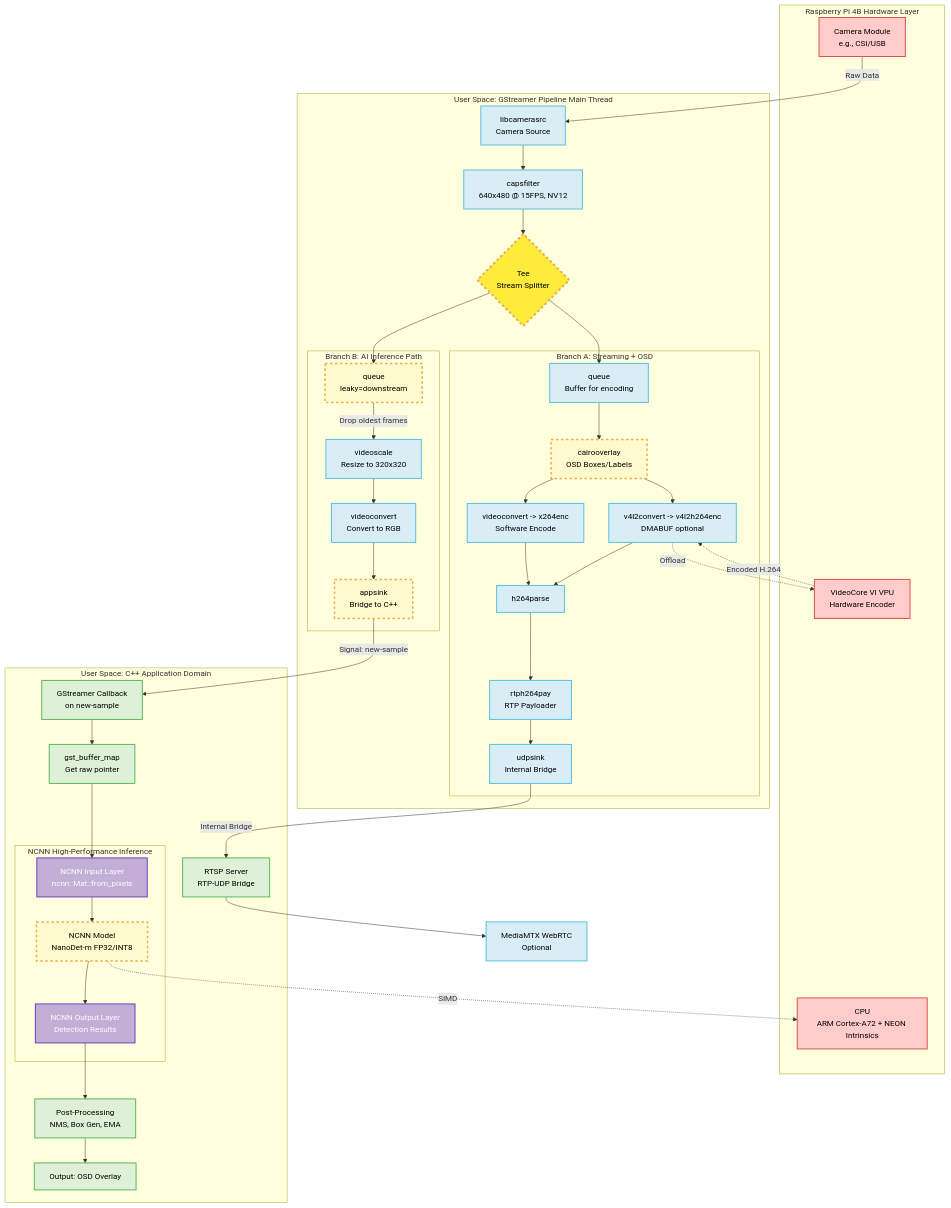
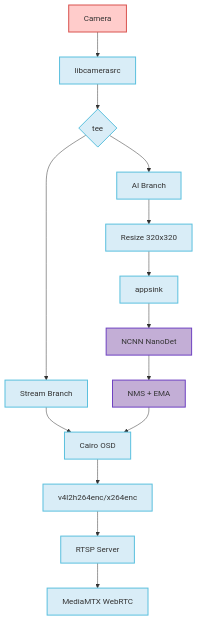
Before and after one commit to teslavia/NanoStream-Raspberry4B: the diagram in README.md, drawn with Mermaid. The commit also changed other lines of this file and 1 other file, not shown here.

````diff
--- a/README.md
+++ b/README.md
@@ -23,92 +140,23 @@
 ```mermaid
 graph TD
-    %% Define Styles
-    classDef hardware fill:#ffcccb,stroke:#d9534f,stroke-width:2px,color:black;
-    classDef gstPipeline fill:#d9edf7,stroke:#5bc0de,stroke-width:2px,color:black;
-    classDef cppApp fill:#dff0d8,stroke:#5cb85c,stroke-width:2px,color:black;
-    classDef ncnn fill:#c3aed6,stroke:#6f42c1,stroke-width:2px,color:white;
-    classDef critical fill:#fffacd,stroke:#f0ad4e,stroke-width:3px,stroke-dasharray: 5 5,color:black;
+    classDef hardware fill:#ffcccb,stroke:#d9534f,stroke-width:2px;
+    classDef pipeline fill:#d9edf7,stroke:#5bc0de,stroke-width:2px;
+    classDef ai fill:#c3aed6,stroke:#6f42c1,stroke-width:2px;
 
-    subgraph HardwareLayer [Raspberry Pi 4B Hardware Layer]
-        Cam[Camera Module<br/>e.g., CSI/USB]:::hardware
-        VPU[VideoCore VI VPU<br/>Hardware Encoder]:::hardware
-        CPU_Neon[CPU<br/>ARM Cortex-A72 + NEON Intrinsics]:::hardware
-    end
+    Camera[Camera]:::hardware --> Source[libcamerasrc]:::pipeline
+    Source --> Tee{tee}:::pipeline
 
-    subgraph GstPipeline [User Space: GStreamer Pipeline Main Thread]
-        Source[libcamerasrc<br/>Camera Source]:::gstPipeline
-        Caps[capsfilter<br/>640x480 @ 15FPS, NV12]:::gstPipeline
-        Tee{Tee<br/>Stream Splitter}:::critical
+    Tee --> StreamBranch[Stream Branch]:::pipeline
+    Tee --> AIBranch[AI Branch]:::pipeline
 
-        subgraph BranchA [Branch A: Streaming + OSD]
-            QueueStream[queue<br/>Buffer for encoding]:::gstPipeline
-            OSD[cairooverlay<br/>OSD Boxes/Labels]:::critical
-            SWPath[videoconvert -> x264enc<br/>Software Encode]:::gstPipeline
-            DMABUFPath[v4l2convert -> v4l2h264enc<br/>DMABUF optional]:::gstPipeline
-            Parse[h264parse]:::gstPipeline
-            Mux[rtph264pay<br/>RTP Payloader]:::gstPipeline
-            Sink[udpsink<br/>Internal Bridge]:::gstPipeline
-        end
+    StreamBranch --> OSD[Cairo OSD]:::pipeline
+    OSD --> Encoder[v4l2h264enc/x264enc]:::pipeline
+    Encoder --> RTSP[RTSP Server]:::pipeline
+    RTSP --> WebRTC[MediaMTX WebRTC]:::pipeline
 
-        subgraph BranchB [Branch B: AI Inference Path]
-            QueueAI[queue<br/>leaky=downstream]:::critical
-            Scale[videoscale<br/>Resize to 320x320]:::gstPipeline
-            Convert[videoconvert<br/>Convert to RGB]:::gstPipeline
-            AppSink[appsink<br/>Bridge to C++]:::critical
-        end
-    end
-
-    subgraph CppApp [User Space: C++ Application Domain]
-        Callback[GStreamer Callback<br/>on new-sample]:::cppApp
-
-        RTSP[RTSP Server<br/>RTP-UDP Bridge]:::cppApp
-        MapBuffer[gst_buffer_map<br/>Get raw pointer]:::cppApp
-
-        subgraph NCNNInference [NCNN High-Performance Inference]
-            NCNN_Input[NCNN Input Layer<br/>ncnn::Mat::from_pixels]:::ncnn
-            NCNN_INT8[NCNN Model<br/>NanoDet-m FP32/INT8]:::critical
-            NCNN_Output[NCNN Output Layer<br/>Detection Results]:::ncnn
-        end
-
-        PostProcess[Post-Processing<br/>NMS, Box Gen, EMA]:::cppApp
-        ResultOutput[Output: OSD Overlay]:::cppApp
-    end
-
-    %% Connections
-    Cam -->|Raw Data| Source
-    Source --> Caps
-    Caps --> Tee
-
-    %% Branch A
-    Tee --> QueueStream
-    QueueStream --> OSD
-    OSD --> SWPath
-    OSD --> DMABUFPath
-    DMABUFPath -.->|Offload| VPU
-    VPU -.->|Encoded H.264| DMABUFPath
-    SWPath --> Parse
-    DMABUFPath --> Parse
-    Parse --> Mux
-    Mux --> Sink
-    Sink -->|Internal Bridge| RTSP
-    RTSP --> WebRTC[MediaMTX WebRTC<br/>Optional]:::gstPipeline
-
-    %% Branch B
-    Tee --> QueueAI
-    QueueAI -->|Drop oldest frames| Scale
-    Scale --> Convert
-    Convert --> AppSink
-    
-    %% C++ Integration
-    AppSink -->|Signal: new-sample| Callback
-    Callback --> MapBuffer
-    MapBuffer --> NCNN_Input
-    NCNN_Input --> NCNN_INT8
-    NCNN_INT8 -.->|SIMD| CPU_Neon
-    NCNN_INT8 --> NCNN_Output
-    NCNN_Output --> PostProcess
-    PostProcess --> ResultOutput
-
-    %% Legends
-    style Tee fill:#ffeb3b,stroke:#f0ad4e,stroke-width:4px
+    AIBranch --> Scale[Resize 320x320]:::pipeline
+    Scale --> AppSink[appsink]:::pipeline
+    AppSink --> NCNN[NCNN NanoDet]:::ai
+    NCNN --> NMS[NMS + EMA]:::ai
+    NMS --> OSD
 ```
````
